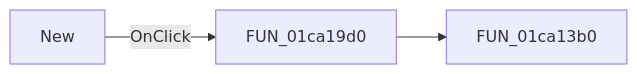
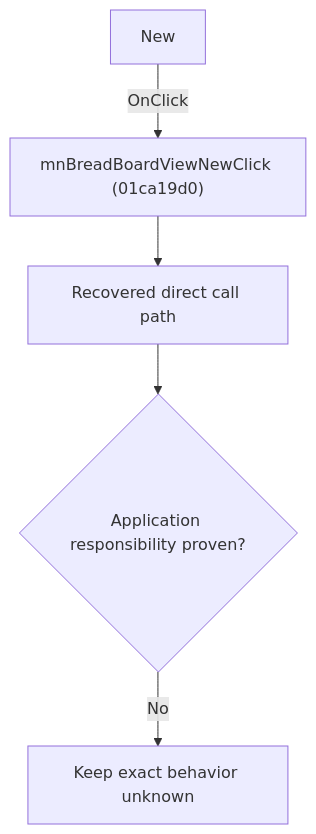
One commit to MovGP0/TIARA changed the diagram in docs/ui-controls/schematiceditor/mnbreadboardviewnew-d208bee9e7.md. Above: the diagram before and after it, drawn with Mermaid. The commit also changed other lines of this file and 1062 other files, not shown here.

````diff
--- a/docs/ui-controls/schematiceditor/mnbreadboardviewnew-d208bee9e7.md
+++ b/docs/ui-controls/schematiceditor/mnbreadboardviewnew-d208bee9e7.md
@@ -27,5 +27,7 @@
 ```mermaid
-flowchart LR
-    control["New"] -->|OnClick| handler["FUN_01ca19d0"]
-    handler --> call1["FUN_01ca13b0"]
+flowchart TD
+    control["New"] -->|"OnClick"| handler["mnBreadBoardViewNewClick (01ca19d0)"]
+    handler --> recovered["Recovered direct call path"]
+    recovered --> gap{"Application responsibility proven?"}
+    gap -->|"No"| blocked["Keep exact behavior unknown"]
 ```
````
